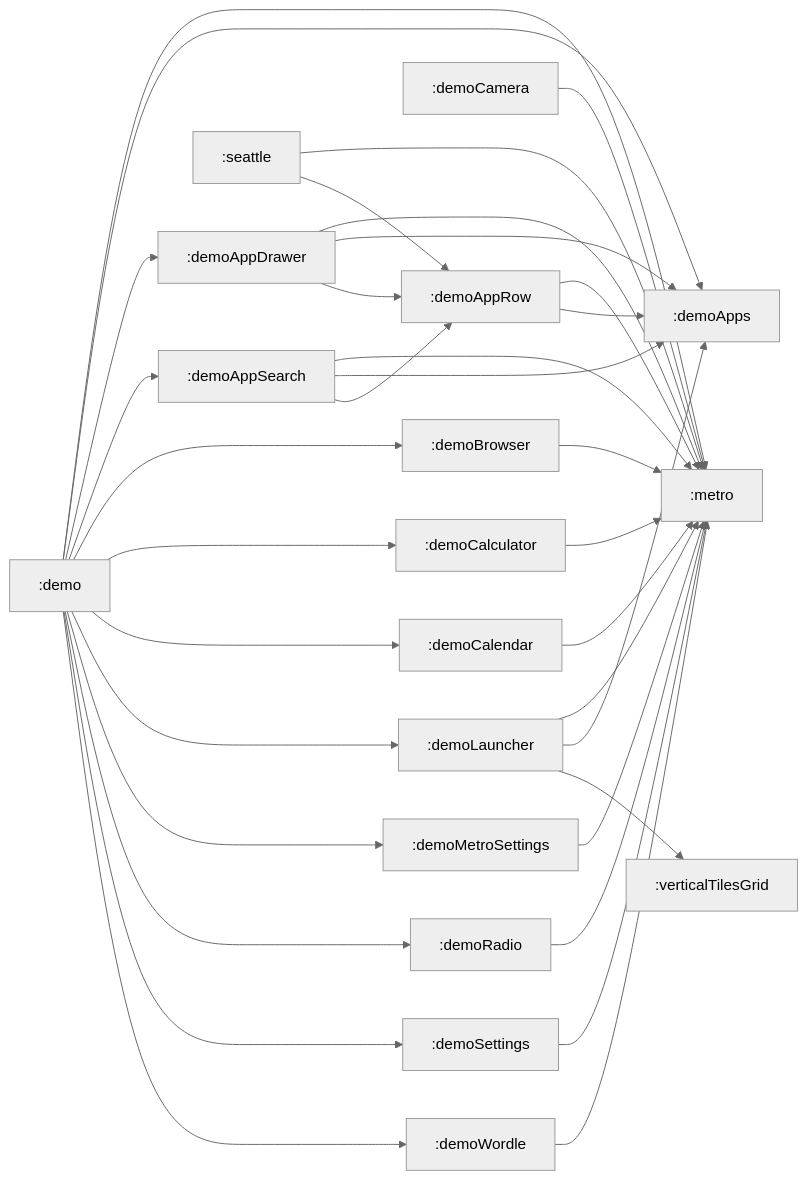
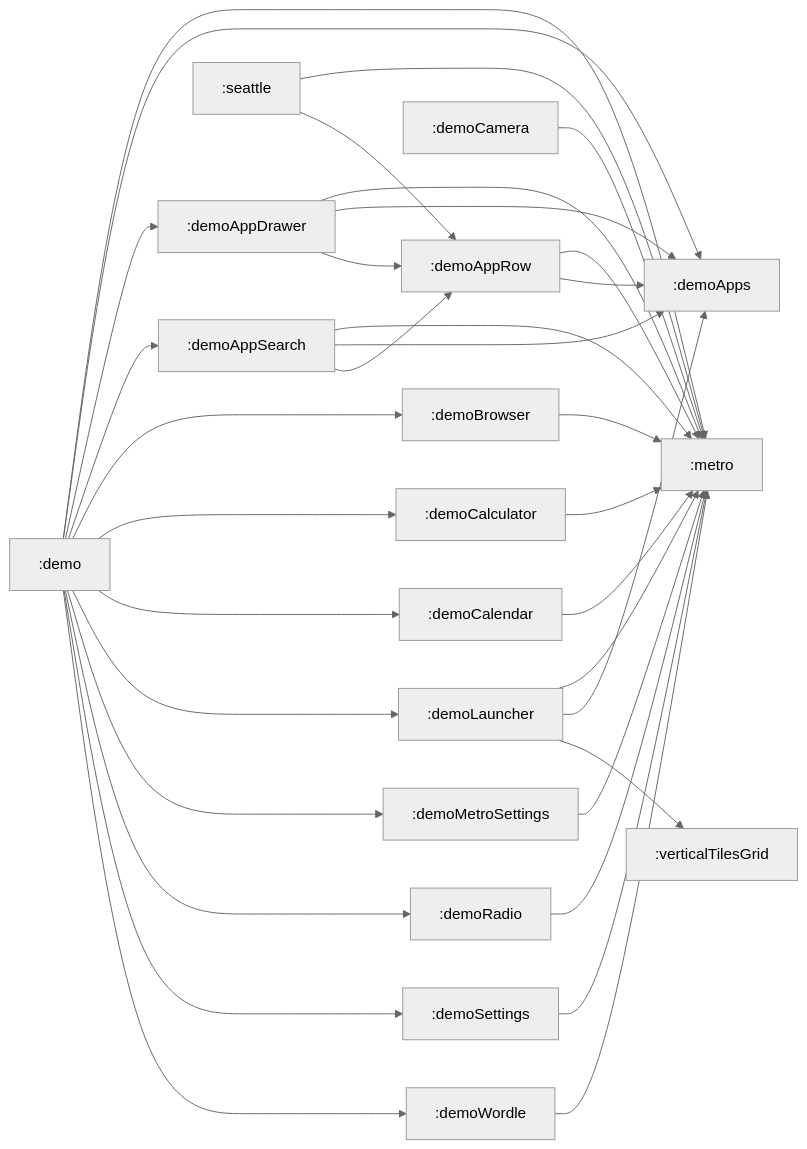
The diagram in README.md (louis993546/Metro-Compose), drawn with Mermaid before and after one commit. The commit also changed other lines of this file and 10 other files, not shown here.

````diff
--- a/README.md
+++ b/README.md
@@ -103,42 +103,42 @@
 ```mermaid
 %%{
   init: {
     'theme': 'neutral'
   }
 }%%
 
 graph LR
   :demoAppDrawer --> :metro
   :demoAppDrawer --> :demoApps
   :demoAppDrawer --> :demoAppRow
   :demoAppSearch --> :metro
   :demoAppSearch --> :demoApps
   :demoAppSearch --> :demoAppRow
   :demoWordle --> :metro
   :seattle --> :metro
   :seattle --> :demoAppRow
+  :demoSettings --> :metro
   :demoCamera --> :metro
-  :demoSettings --> :metro
   :demoAppRow --> :metro
   :demoAppRow --> :demoApps
   :demoMetroSettings --> :metro
   :demoCalendar --> :metro
   :demo --> :metro
   :demo --> :demoApps
   :demo --> :demoAppDrawer
   :demo --> :demoAppSearch
   :demo --> :demoBrowser
   :demo --> :demoCalculator
   :demo --> :demoCalendar
   :demo --> :demoLauncher
   :demo --> :demoMetroSettings
   :demo --> :demoRadio
   :demo --> :demoSettings
   :demo --> :demoWordle
   :demoCalculator --> :metro
   :demoBrowser --> :metro
   :demoRadio --> :metro
   :demoLauncher --> :metro
   :demoLauncher --> :demoApps
   :demoLauncher --> :verticalTilesGrid
 ```
````
